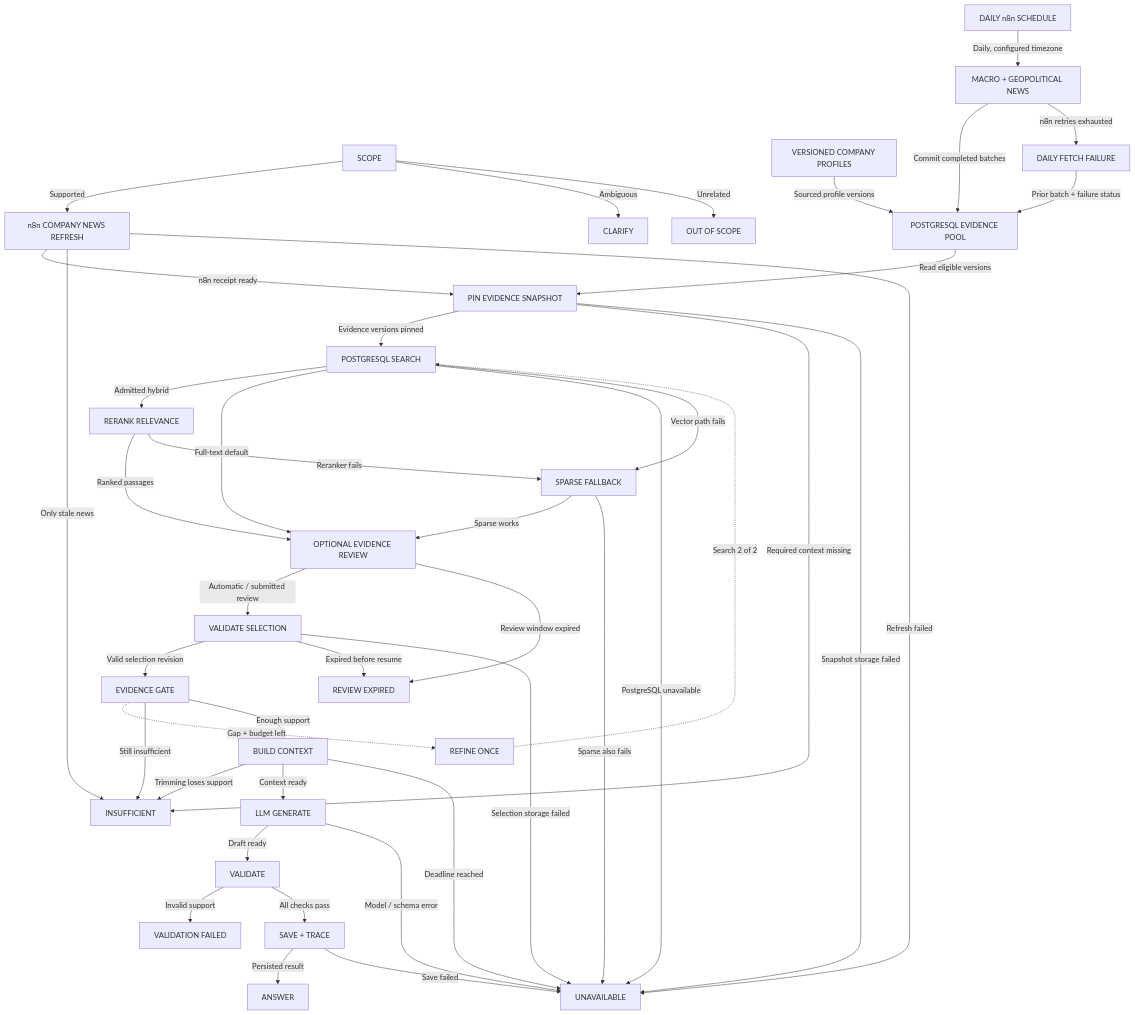
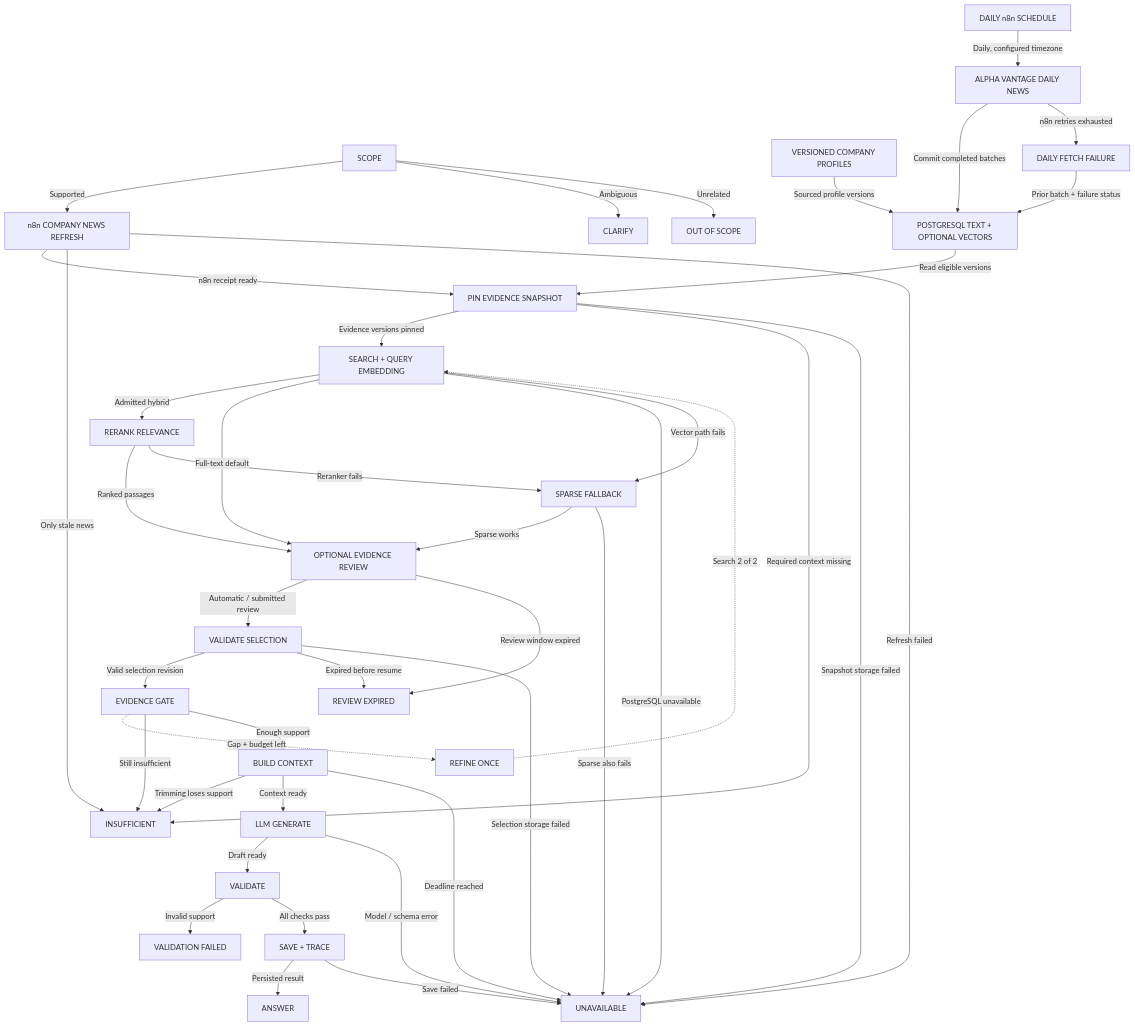
Before and after one commit to ByronHo68/ai-learning-academy: the first of 14 diagrams in public/downloads/stock-research-workflow-atlas.md, drawn with Mermaid. The commit also changed other lines of this file and 58 other files, not shown here.

Commit message:
Specify Alpha Vantage daily news, embedding stages and user evidence order

````diff
--- a/public/downloads/stock-research-workflow-atlas.md
+++ b/public/downloads/stock-research-workflow-atlas.md
@@ -43,70 +43,70 @@
 ```mermaid
 flowchart TD
   n0["SCOPE"]
   n1["n8n COMPANY NEWS REFRESH"]
   n2["PIN EVIDENCE SNAPSHOT"]
-  n3["POSTGRESQL SEARCH"]
+  n3["SEARCH + QUERY EMBEDDING"]
   n4["RERANK RELEVANCE"]
   n5["SPARSE FALLBACK"]
   n6["OPTIONAL EVIDENCE REVIEW"]
   n7["VALIDATE SELECTION"]
   n8["REVIEW EXPIRED"]
   n9["EVIDENCE GATE"]
   n10["REFINE ONCE"]
   n11["BUILD CONTEXT"]
   n12["LLM GENERATE"]
   n13["VALIDATE"]
   n14["SAVE + TRACE"]
   n15["ANSWER"]
   n16["INSUFFICIENT"]
   n17["OUT OF SCOPE"]
   n18["CLARIFY"]
   n19["UNAVAILABLE"]
   n20["VALIDATION FAILED"]
   n21["DAILY n8n SCHEDULE"]
-  n22["MACRO + GEOPOLITICAL NEWS"]
+  n22["ALPHA VANTAGE DAILY NEWS"]
   n23["VERSIONED COMPANY PROFILES"]
-  n24["POSTGRESQL EVIDENCE POOL"]
+  n24["POSTGRESQL TEXT + OPTIONAL VECTORS"]
   n25["DAILY FETCH FAILURE"]
   n0 -- "Supported" --> n1
   n0 -- "Ambiguous" --> n18
   n0 -- "Unrelated" --> n17
   n1 -- "n8n receipt ready" --> n2
   n2 -- "Evidence versions pinned" --> n3
   n2 -- "Required context missing" --> n16
   n2 -- "Snapshot storage failed" --> n19
   n1 -- "Only stale news" --> n16
   n1 -- "Refresh failed" --> n19
   n3 -- "Admitted hybrid" --> n4
   n3 -- "Full-text default" --> n6
   n3 -- "PostgreSQL unavailable" --> n19
   n3 -- "Vector path fails" --> n5
   n4 -- "Ranked passages" --> n6
   n4 -- "Reranker fails" --> n5
   n5 -- "Sparse works" --> n6
   n5 -- "Sparse also fails" --> n19
   n6 -- "Automatic / submitted review" --> n7
   n6 -- "Review window expired" --> n8
   n7 -- "Valid selection revision" --> n9
   n7 -- "Expired before resume" --> n8
   n7 -- "Selection storage failed" --> n19
   n9 -. "Gap + budget left" .-> n10
   n10 -. "Search 2 of 2" .-> n3
   n9 -- "Still insufficient" --> n16
   n9 -- "Enough support" --> n11
   n11 -- "Trimming loses support" --> n16
   n11 -- "Context ready" --> n12
   n11 -- "Deadline reached" --> n19
   n12 -- "Draft ready" --> n13
   n12 -- "Model / schema error" --> n19
   n13 -- "Invalid support" --> n20
   n13 -- "All checks pass" --> n14
   n14 -- "Persisted result" --> n15
   n14 -- "Save failed" --> n19
   n21 -- "Daily, configured timezone" --> n22
   n22 -- "Commit completed batches" --> n24
   n22 -- "n8n retries exhausted" --> n25
   n25 -- "Prior batch + failure status" --> n24
   n23 -- "Sourced profile versions" --> n24
   n24 -- "Read eligible versions" --> n2
 ```
````
